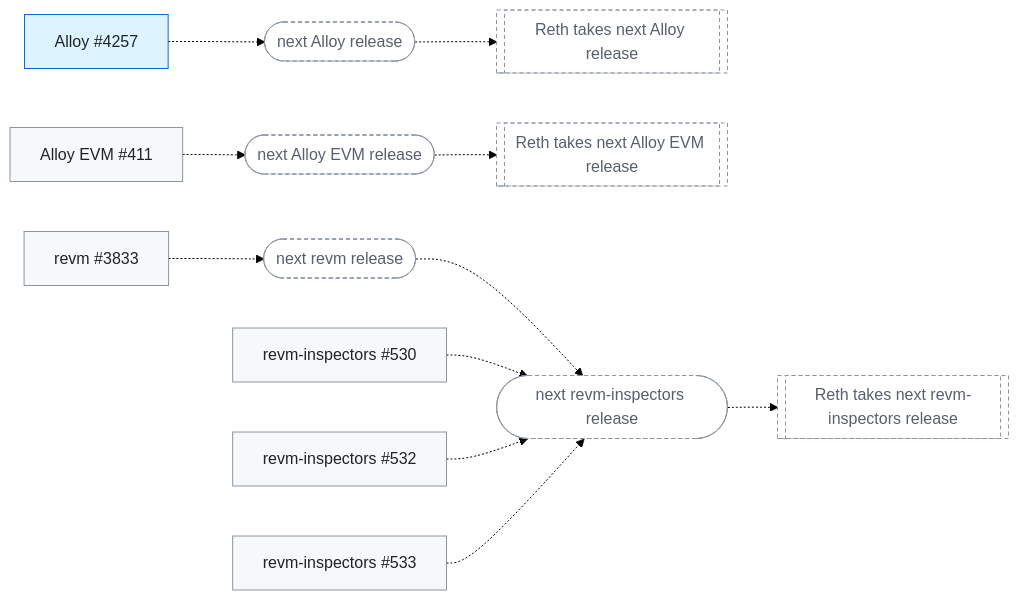
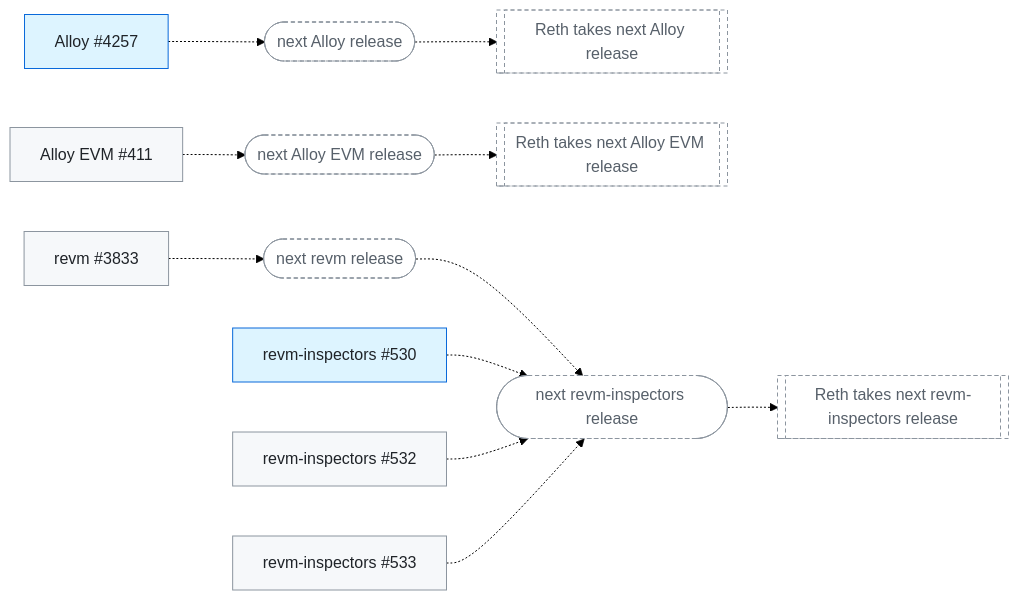
The second of 2 diagrams in docs/client-fixes.md (banteg/trace-interop), drawn with Mermaid (forest theme) before and after one commit. The commit also changed other lines of this file and 12 other files, not shown here.

````diff
--- a/docs/client-fixes.md
+++ b/docs/client-fixes.md
@@ -112,29 +113,29 @@
 ```mermaid
 flowchart LR
   Alloy_4257["Alloy #4257"]:::merged
   next_Alloy_release(["next Alloy release"]):::pending
   Reth_takes_next_Alloy_release[["Reth takes next Alloy release"]]:::pending
   Alloy_EVM_411["Alloy EVM #411"]:::open
   next_Alloy_EVM_release(["next Alloy EVM release"]):::pending
   Reth_takes_next_Alloy_EVM_release[["Reth takes next Alloy EVM release"]]:::pending
   revm_3833["revm #3833"]:::open
   next_revm_release(["next revm release"]):::pending
   next_revm_inspectors_release(["next revm-inspectors release"]):::pending
   Reth_takes_next_revm_inspectors_release[["Reth takes next revm-inspectors release"]]:::pending
-  revm_inspectors_530["revm-inspectors #530"]:::open
+  revm_inspectors_530["revm-inspectors #530"]:::merged
   revm_inspectors_532["revm-inspectors #532"]:::open
   revm_inspectors_533["revm-inspectors #533"]:::open
   Alloy_4257 -.-> next_Alloy_release
   next_Alloy_release -.-> Reth_takes_next_Alloy_release
   Alloy_EVM_411 -.-> next_Alloy_EVM_release
   next_Alloy_EVM_release -.-> Reth_takes_next_Alloy_EVM_release
   revm_3833 -.-> next_revm_release
   next_revm_release -.-> next_revm_inspectors_release
   next_revm_inspectors_release -.-> Reth_takes_next_revm_inspectors_release
   revm_inspectors_530 -.-> next_revm_inspectors_release
   revm_inspectors_532 -.-> next_revm_inspectors_release
   revm_inspectors_533 -.-> next_revm_inspectors_release
   classDef open fill:#f6f8fa,stroke:#8c959f,color:#1f2328
   classDef merged fill:#ddf4ff,stroke:#0969da,color:#1f2328
   classDef pending fill:#ffffff,stroke:#8c959f,stroke-dasharray:4 3,color:#57606a
 ```
````
